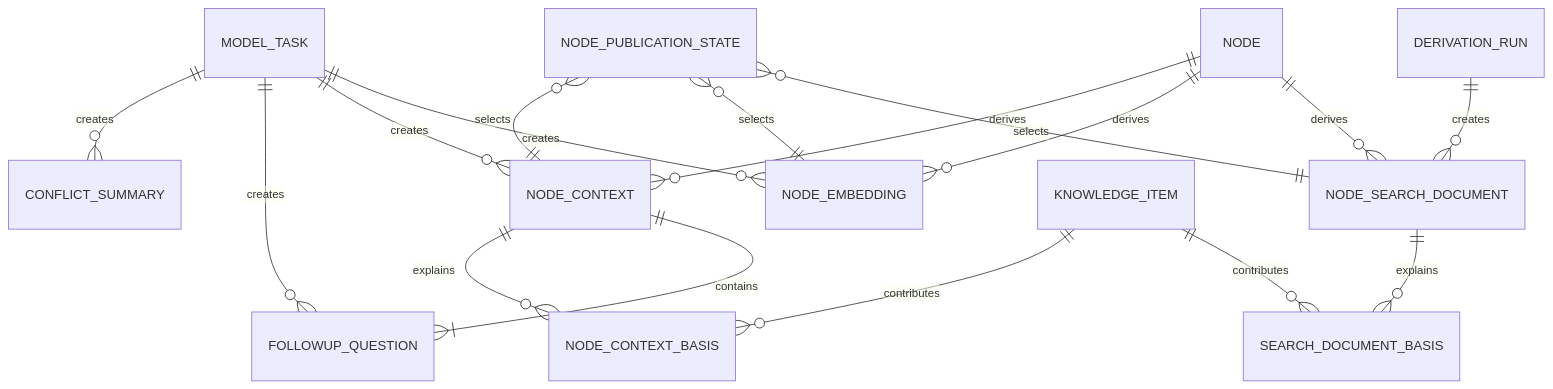
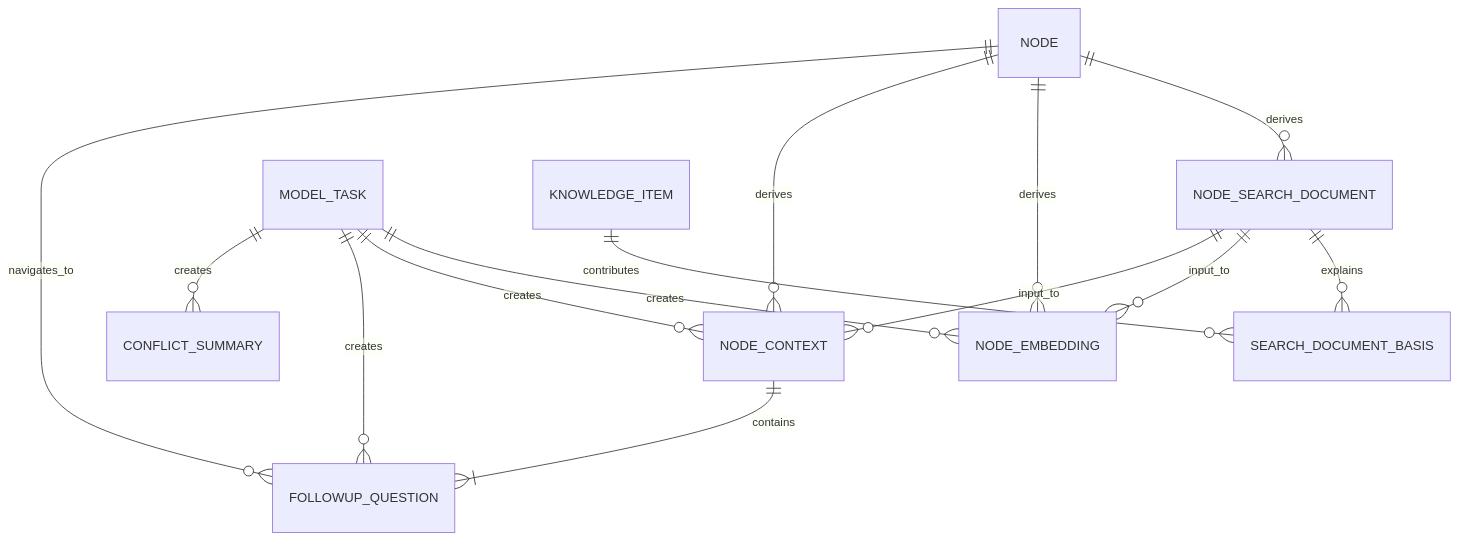
One commit to studylida/ontology-map changed the ninth of 9 diagrams in logical-data-schema.md. Above: the diagram before and after it, drawn with Mermaid. The commit also changed other lines of this file, not shown here.

Commit message:
docs: define publication search artifacts

````diff
--- a/logical-data-schema.md
+++ b/logical-data-schema.md
@@ -225,19 +223,16 @@
 ```mermaid
 erDiagram
     NODE ||--o{ NODE_SEARCH_DOCUMENT : derives
     NODE ||--o{ NODE_EMBEDDING : derives
     NODE ||--o{ NODE_CONTEXT : derives
     NODE_CONTEXT ||--|{ FOLLOWUP_QUESTION : contains
-    DERIVATION_RUN ||--o{ NODE_SEARCH_DOCUMENT : creates
     MODEL_TASK ||--o{ NODE_EMBEDDING : creates
     MODEL_TASK ||--o{ NODE_CONTEXT : creates
     MODEL_TASK ||--o{ FOLLOWUP_QUESTION : creates
     MODEL_TASK ||--o{ CONFLICT_SUMMARY : creates
     NODE_SEARCH_DOCUMENT ||--o{ SEARCH_DOCUMENT_BASIS : explains
     KNOWLEDGE_ITEM ||--o{ SEARCH_DOCUMENT_BASIS : contributes
-    NODE_CONTEXT ||--o{ NODE_CONTEXT_BASIS : explains
-    KNOWLEDGE_ITEM ||--o{ NODE_CONTEXT_BASIS : contributes
-    NODE_PUBLICATION_STATE }o--|| NODE_SEARCH_DOCUMENT : selects
-    NODE_PUBLICATION_STATE }o--|| NODE_EMBEDDING : selects
-    NODE_PUBLICATION_STATE }o--|| NODE_CONTEXT : selects
+    NODE_SEARCH_DOCUMENT ||--o{ NODE_EMBEDDING : input_to
+    NODE_SEARCH_DOCUMENT ||--o{ NODE_CONTEXT : input_to
+    NODE ||--o{ FOLLOWUP_QUESTION : navigates_to
 ```
````
